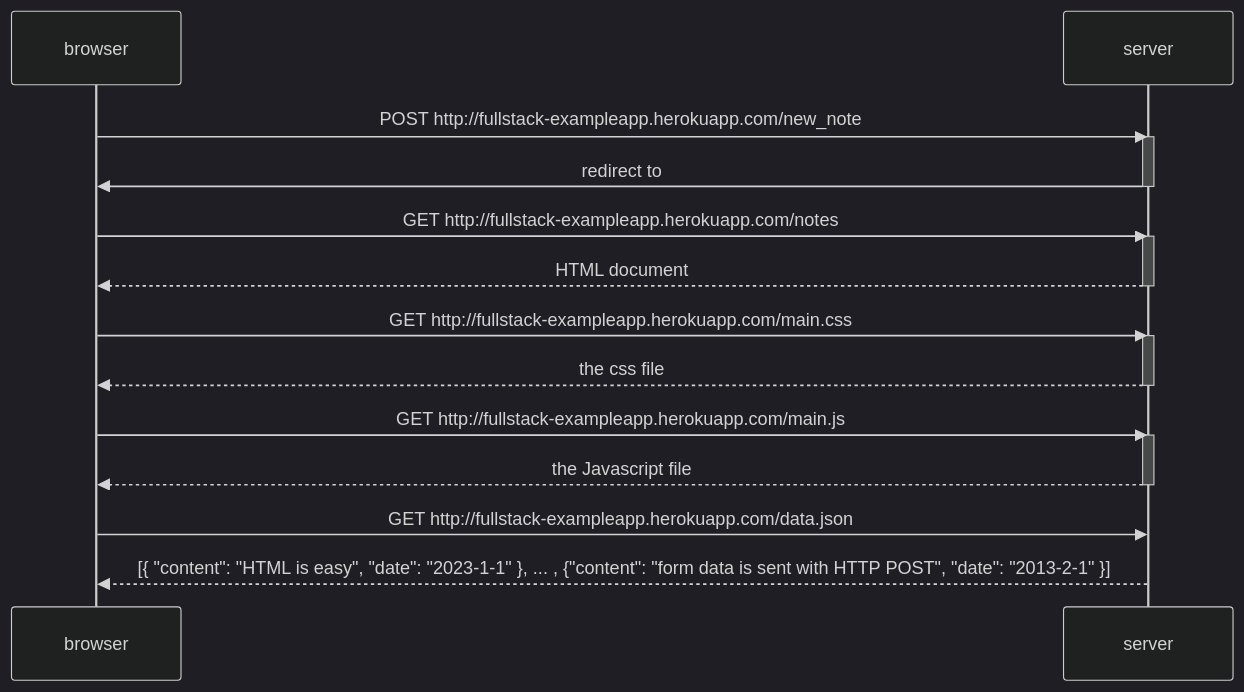
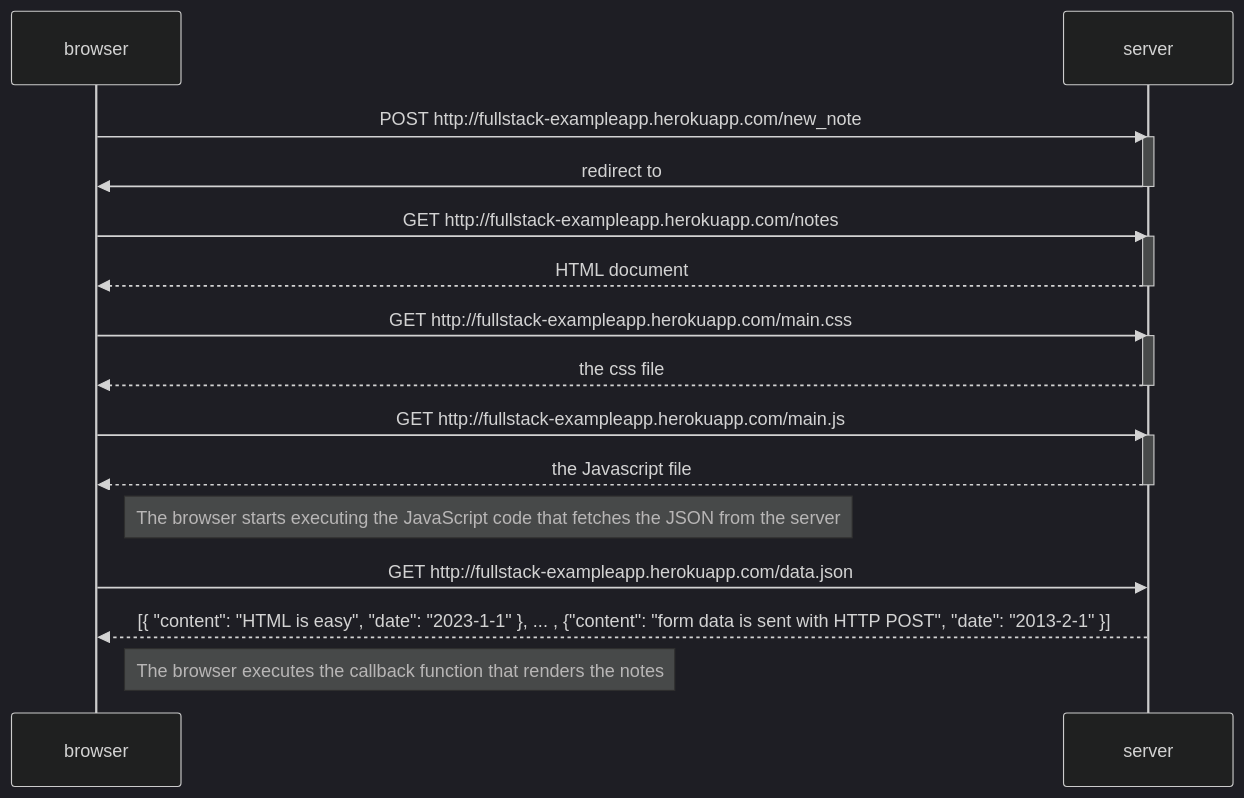
One commit to michelleyyin/fullstackopen changed the diagram in part0/0.4newNoteDiagram.md. Above: the diagram before and after it, drawn with Mermaid (dark theme).

````diff
--- a/part0/0.4newNoteDiagram.md
+++ b/part0/0.4newNoteDiagram.md
@@ -1,28 +1,32 @@
 ```mermaid
     sequenceDiagram
         participant browser
         participant server
         
         browser->>server: POST http://fullstack-exampleapp.herokuapp.com/new_note
         activate server
         server->>browser: redirect to 
         deactivate server
         
         browser->>server: GET http://fullstack-exampleapp.herokuapp.com/notes
         activate server
         server-->>browser: HTML document
         deactivate server
         
         browser->>server: GET http://fullstack-exampleapp.herokuapp.com/main.css
         activate server
         server-->>browser: the css file
         deactivate server
         
         browser->>server: GET http://fullstack-exampleapp.herokuapp.com/main.js
         activate server
         server-->>browser: the Javascript file
         deactivate server
         
+        Note right of browser: The browser starts executing the JavaScript code that fetches the JSON from the server
+        
         browser->>server: GET http://fullstack-exampleapp.herokuapp.com/data.json
         server-->>browser: [{ "content": "HTML is easy", "date": "2023-1-1" }, ... , {"content": "form data is sent with HTTP POST", "date": "2013-2-1" }]
+        
+         Note right of browser: The browser executes the callback function that renders the notes 
 ```
````
